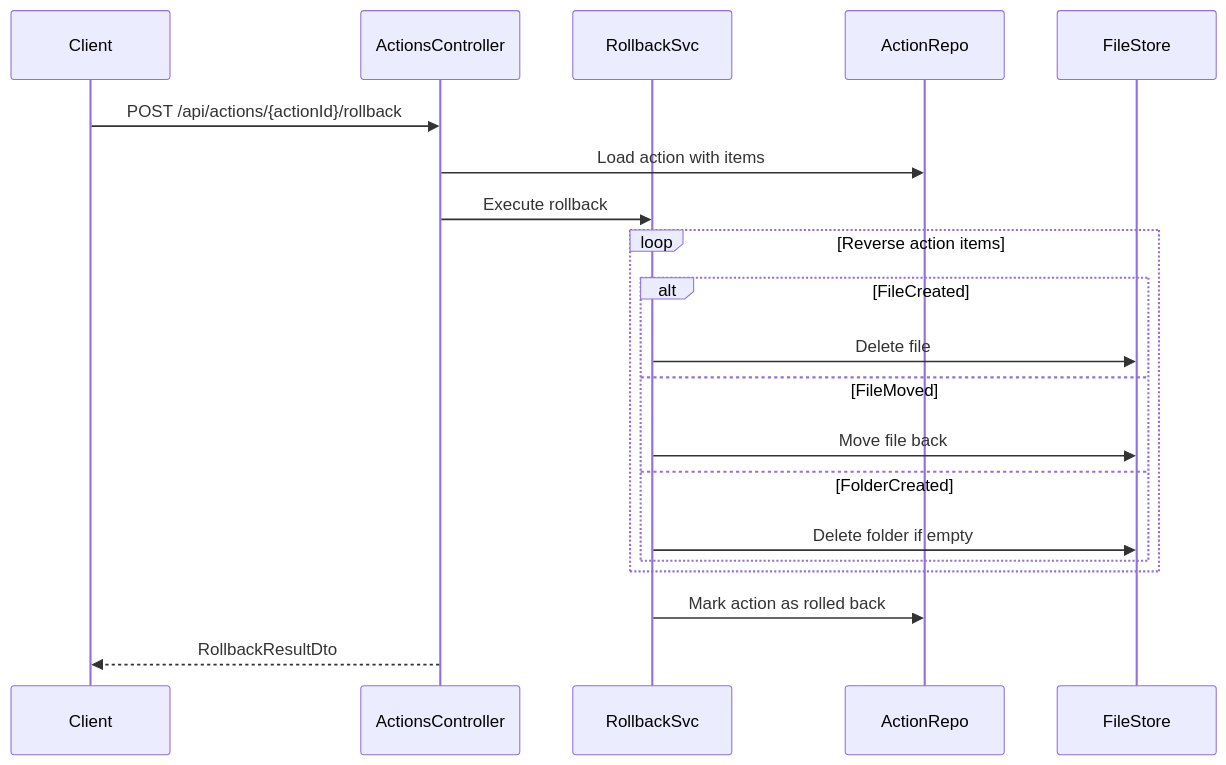
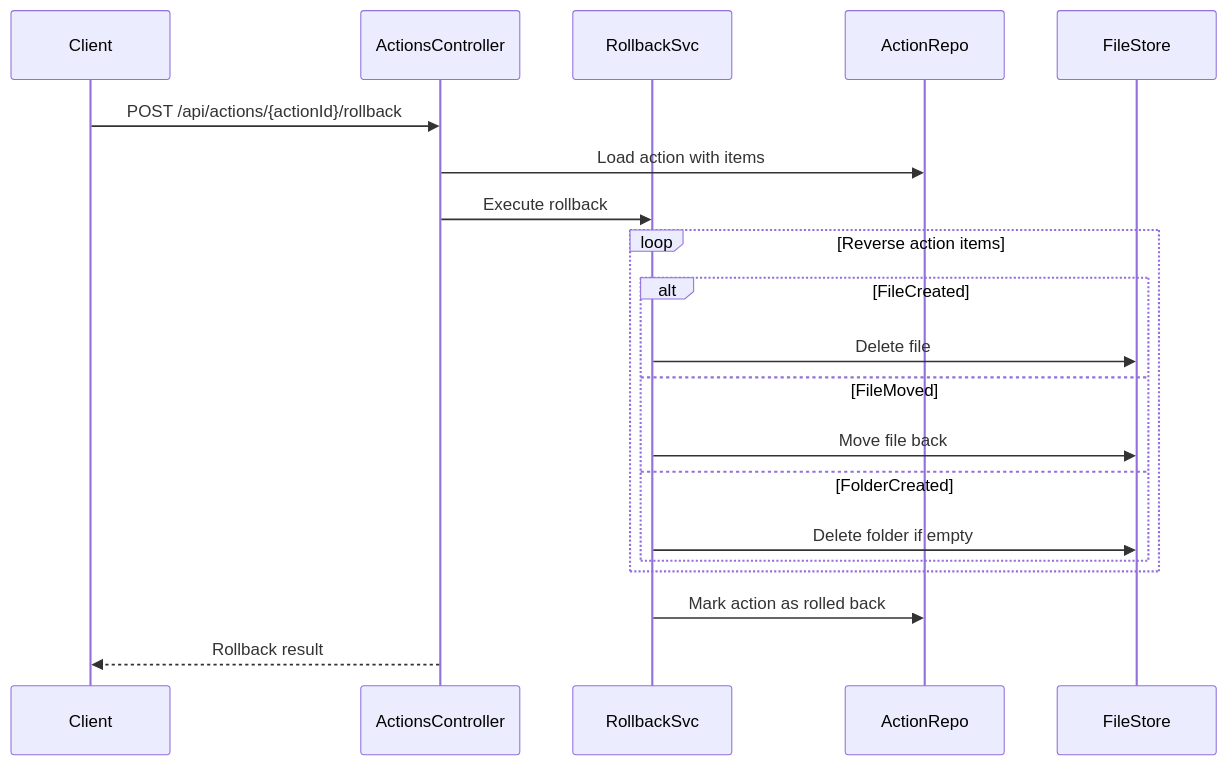
One commit to BarminGeorge/ShuKnow changed the third of 4 diagrams in docs/agents/API_ARCHITECTURE.md. Above: the diagram before and after it, drawn with Mermaid. The commit also changed other lines of this file and 4 other files, not shown here.

````diff
--- a/docs/agents/API_ARCHITECTURE.md
+++ b/docs/agents/API_ARCHITECTURE.md
@@ -87,25 +122,25 @@
 ```mermaid
 sequenceDiagram
     participant Client
     participant ActionsController
     participant RollbackSvc
     participant ActionRepo
     participant FileStore
 
     Client->>ActionsController: POST /api/actions/{actionId}/rollback
     ActionsController->>ActionRepo: Load action with items
     ActionsController->>RollbackSvc: Execute rollback
 
     loop Reverse action items
         alt FileCreated
             RollbackSvc->>FileStore: Delete file
         else FileMoved
             RollbackSvc->>FileStore: Move file back
         else FolderCreated
             RollbackSvc->>FileStore: Delete folder if empty
         end
     end
 
     RollbackSvc->>ActionRepo: Mark action as rolled back
-    ActionsController-->>Client: RollbackResultDto
+    ActionsController-->>Client: Rollback result
 ```
````
